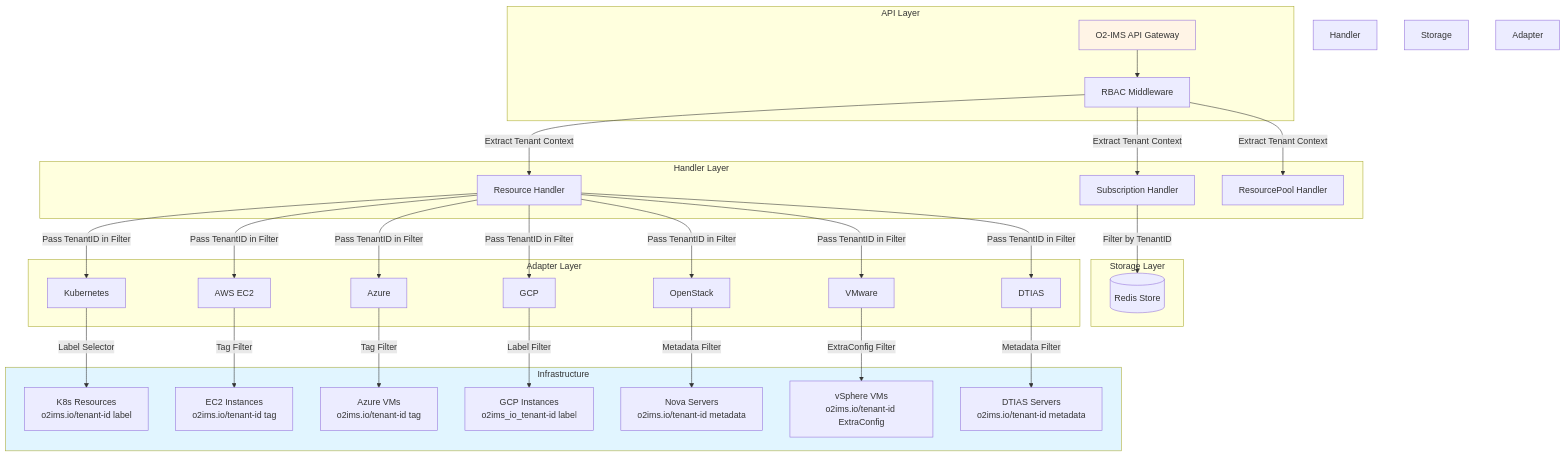
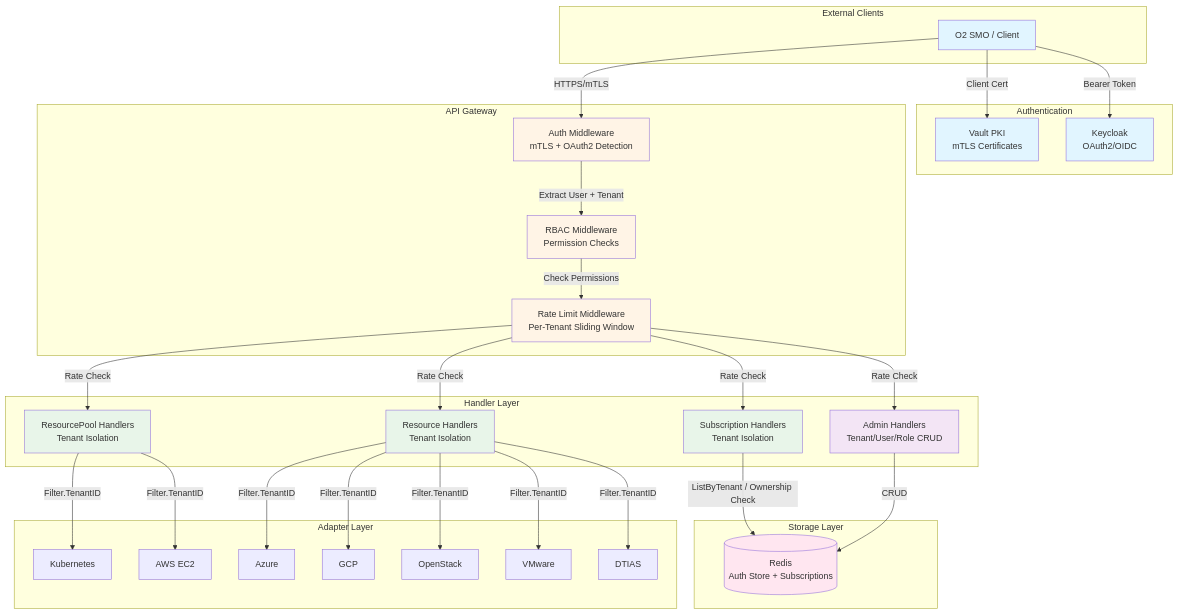
Before and after one commit to piwi3910/netweave: the first of 2 diagrams in docs/security/multi-tenancy.md, drawn with Mermaid. The commit also changed other lines of this file, not shown here.

````diff
--- a/docs/security/multi-tenancy.md
+++ b/docs/security/multi-tenancy.md
@@ -34,65 +53,71 @@
 ```mermaid
 graph TB
-    subgraph "API Layer"
-        API[O2-IMS API Gateway]
-        MW[RBAC Middleware]
+    subgraph "External Clients"
+        SMO[O2 SMO / Client]
+    end
+
+    subgraph "Authentication"
+        VAULT[Vault PKI<br/>mTLS Certificates]
+        KC[Keycloak<br/>OAuth2/OIDC]
+    end
+
+    subgraph "API Gateway"
+        AUTH_MW[Auth Middleware<br/>mTLS + OAuth2 Detection]
+        RBAC_MW[RBAC Middleware<br/>Permission Checks]
+        RL_MW[Rate Limit Middleware<br/>Per-Tenant Sliding Window]
     end
 
     subgraph "Handler Layer"
-        SH[Subscription Handler]
-        RH[Resource Handler]
-        RPH[ResourcePool Handler]
+        SH[Subscription Handlers<br/>Tenant Isolation]
+        RPH[ResourcePool Handlers<br/>Tenant Isolation]
+        RH[Resource Handlers<br/>Tenant Isolation]
+        AH[Admin Handlers<br/>Tenant/User/Role CRUD]
     end
 
     subgraph "Storage Layer"
-        Redis[(Redis Store)]
+        REDIS[(Redis<br/>Auth Store + Subscriptions)]
     end
 
     subgraph "Adapter Layer"
         K8S[Kubernetes]
         AWS[AWS EC2]
         AZ[Azure]
         GCP[GCP]
         OS[OpenStack]
         VM[VMware]
         DT[DTIAS]
     end
 
-    subgraph "Infrastructure"
-        K8SR[K8s Resources<br/>o2ims.io/tenant-id label]
-        AWSR[EC2 Instances<br/>o2ims.io/tenant-id tag]
-        AZR[Azure VMs<br/>o2ims.io/tenant-id tag]
-        GCPR[GCP Instances<br/>o2ims_io_tenant-id label]
-        OSR[Nova Servers<br/>o2ims.io/tenant-id metadata]
-        VMR[vSphere VMs<br/>o2ims.io/tenant-id ExtraConfig]
-        DTR[DTIAS Servers<br/>o2ims.io/tenant-id metadata]
-    end
+    SMO -->|Client Cert| VAULT
+    SMO -->|Bearer Token| KC
+    SMO -->|HTTPS/mTLS| AUTH_MW
 
-    API --> MW
-    MW -->|Extract Tenant Context| SH
-    MW -->|Extract Tenant Context| RH
-    MW -->|Extract Tenant Context| RPH
+    AUTH_MW -->|Extract User + Tenant| RBAC_MW
+    RBAC_MW -->|Check Permissions| RL_MW
+    RL_MW -->|Rate Check| SH
+    RL_MW -->|Rate Check| RPH
+    RL_MW -->|Rate Check| RH
+    RL_MW -->|Rate Check| AH
 
-    SH -->|Filter by TenantID| Redis
-    RH -->|Pass TenantID in Filter| K8S
-    RH -->|Pass TenantID in Filter| AWS
-    RH -->|Pass TenantID in Filter| AZ
-    RH -->|Pass TenantID in Filter| GCP
-    RH -->|Pass TenantID in Filter| OS
-    RH -->|Pass TenantID in Filter| VM
-    RH -->|Pass TenantID in Filter| DT
+    SH -->|ListByTenant / Ownership Check| REDIS
+    RPH -->|Filter.TenantID| K8S
+    RPH -->|Filter.TenantID| AWS
+    RH -->|Filter.TenantID| AZ
+    RH -->|Filter.TenantID| GCP
+    RH -->|Filter.TenantID| OS
+    RH -->|Filter.TenantID| VM
+    RH -->|Filter.TenantID| DT
+    AH -->|CRUD| REDIS
 
-    K8S -->|Label Selector| K8SR
-    AWS -->|Tag Filter| AWSR
-    AZ -->|Tag Filter| AZR
-    GCP -->|Label Filter| GCPR
-    OS -->|Metadata Filter| OSR
-    VM -->|ExtraConfig Filter| VMR
-    DT -->|Metadata Filter| DTR
-
-    style API fill:#fff4e6
-    style Handler Layer fill:#e8f5e9
-    style Storage Layer fill:#ffe6f0
-    style Adapter Layer fill:#f3e5f5
-    style Infrastructure fill:#e1f5ff
+    style SMO fill:#e1f5ff
+    style VAULT fill:#e1f5ff
+    style KC fill:#e1f5ff
+    style AUTH_MW fill:#fff4e6
+    style RBAC_MW fill:#fff4e6
+    style RL_MW fill:#fff4e6
+    style REDIS fill:#ffe6f0
+    style SH fill:#e8f5e9
+    style RPH fill:#e8f5e9
+    style RH fill:#e8f5e9
+    style AH fill:#f3e5f5
 ```
````
